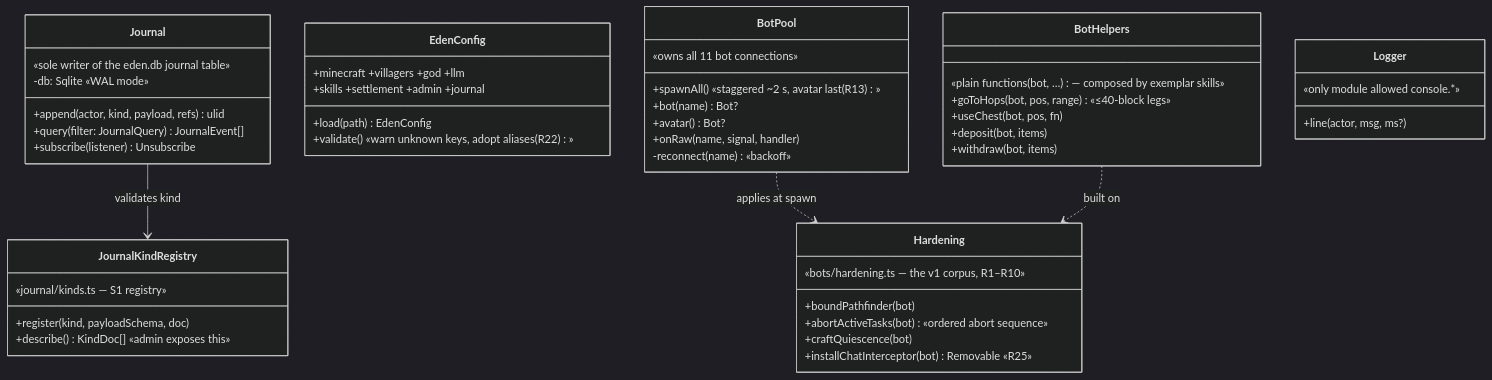
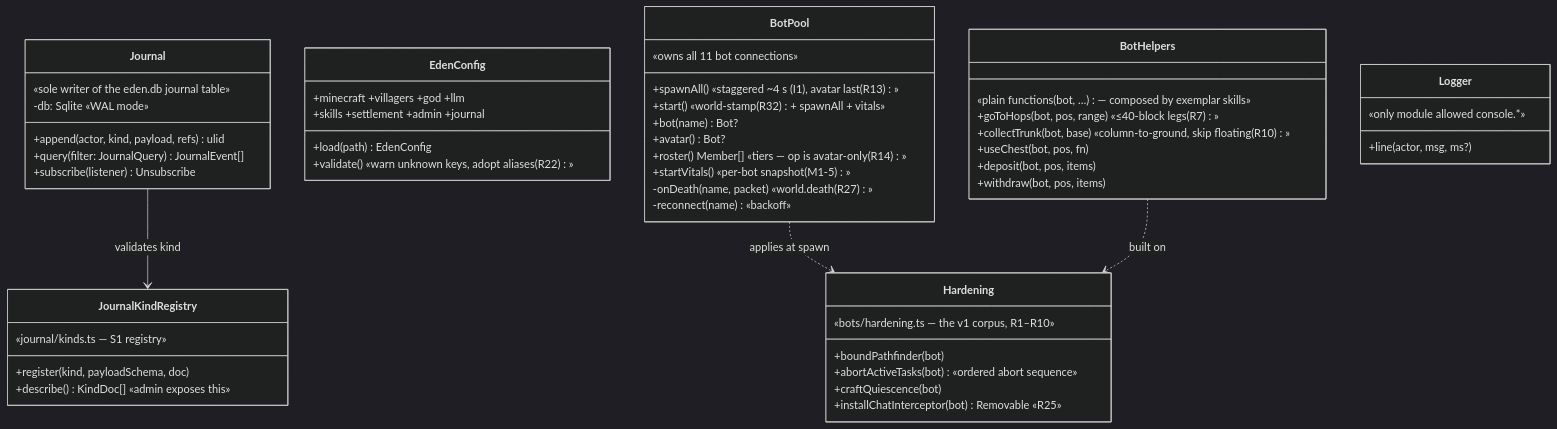
The third of 8 diagrams in docs/11-class-model.md (Paul-Hubert/PaulsBrawls), drawn with Mermaid (dark theme) before and after one commit. The commit also changed other lines of this file and 193 other files, not shown here.

````diff
--- a/docs/11-class-model.md
+++ b/docs/11-class-model.md
@@ -294,51 +311,55 @@
 ```mermaid
 classDiagram
     class Journal {
         «sole writer of the eden.db journal table»
         +append(actor, kind, payload, refs) ulid
         +query(filter: JournalQuery) JournalEvent[]
         +subscribe(listener) Unsubscribe
         -db: Sqlite «WAL mode»
     }
     class JournalKindRegistry {
         «journal/kinds.ts — S1 registry»
         +register(kind, payloadSchema, doc)
         +describe() KindDoc[] «admin exposes this»
     }
     class EdenConfig {
         +load(path) EdenConfig
         +validate() «warn unknown keys, adopt aliases (R22)»
         +minecraft +villagers +god +llm
         +skills +settlement +admin +journal
     }
     class BotPool {
         «owns all 11 bot connections»
-        +spawnAll() «staggered ~2 s, avatar last (R13)»
+        +spawnAll() «staggered ~4 s (I1), avatar last (R13)»
+        +start() «world-stamp (R32) + spawnAll + vitals»
         +bot(name) Bot?
         +avatar() Bot?
-        +onRaw(name, signal, handler)
+        +roster() Member[] «tiers — op is avatar-only (R14)»
+        +startVitals() «per-bot snapshot (M1-5)»
+        -onDeath(name, packet) «world.death (R27)»
         -reconnect(name) «backoff»
     }
     class Hardening {
         «bots/hardening.ts — the v1 corpus, R1–R10»
         +boundPathfinder(bot)
         +abortActiveTasks(bot) «ordered abort sequence»
         +craftQuiescence(bot)
         +installChatInterceptor(bot) Removable «R25»
     }
     class BotHelpers {
         «plain functions (bot, …) — composed by exemplar skills»
-        +goToHops(bot, pos, range) «≤40-block legs»
+        +goToHops(bot, pos, range) «≤40-block legs (R7)»
+        +collectTrunk(bot, base) «column-to-ground, skip floating (R10)»
         +useChest(bot, pos, fn)
-        +deposit(bot, items)
-        +withdraw(bot, items)
+        +deposit(bot, pos, items)
+        +withdraw(bot, pos, items)
     }
     class Logger {
         «only module allowed console.*»
         +line(actor, msg, ms?)
     }
 
     Journal --> JournalKindRegistry : validates kind
     BotPool ..> Hardening : applies at spawn
     BotHelpers ..> Hardening : built on
 ```
````
